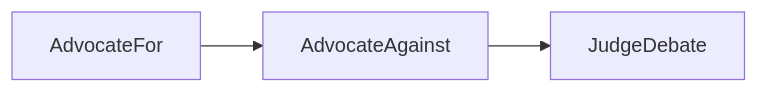
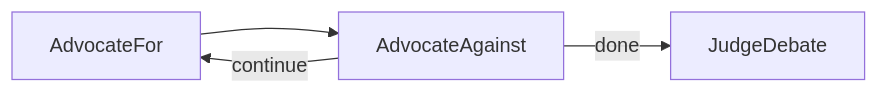
One commit to zachary62/100-line-llm-framework changed the sixth of 9 diagrams in ch03-patterns/README.md. Above: the diagram before and after it, drawn with Mermaid. The commit also changed other lines of this file and 4 other files, not shown here.

````diff
--- a/ch03-patterns/README.md
+++ b/ch03-patterns/README.md
@@ -50,4 +50,6 @@
 ```mermaid
 graph LR
-    for_[AdvocateFor] --> against[AdvocateAgainst] --> judge[JudgeDebate]
+    for_[AdvocateFor] --> against[AdvocateAgainst]
+    against -->|continue| for_
+    against -->|done| judge[JudgeDebate]
 ```
````
